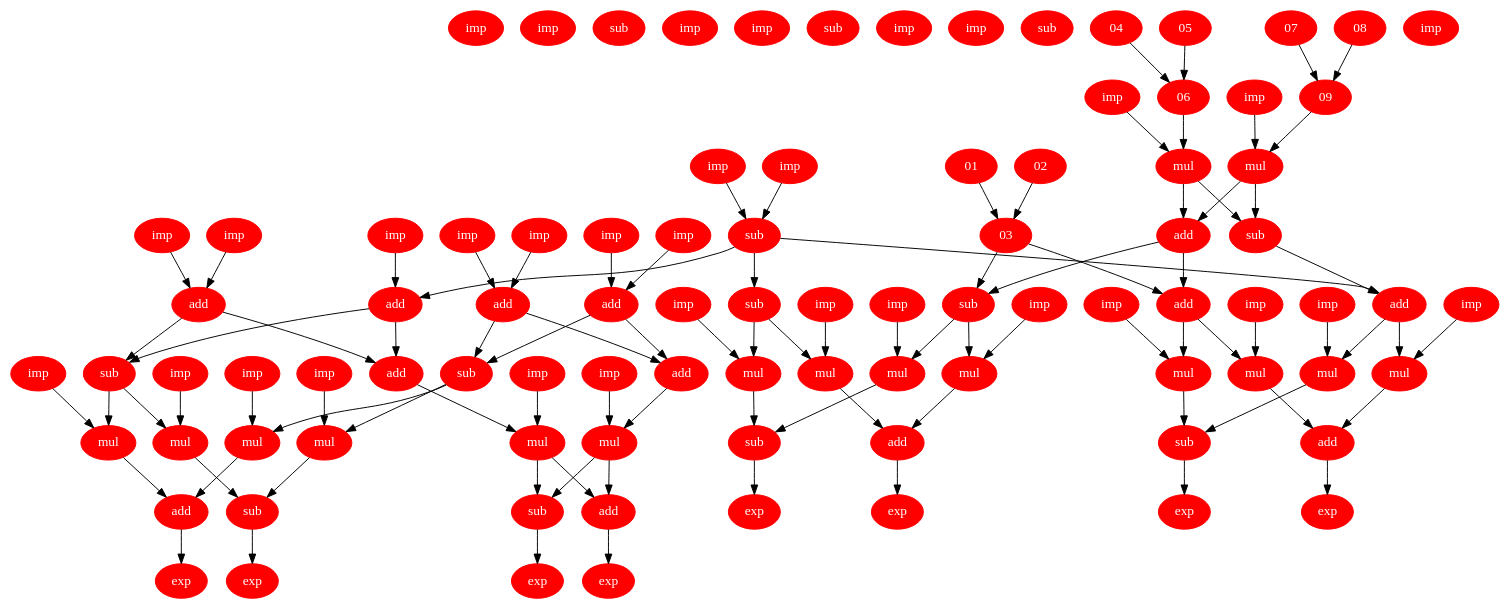
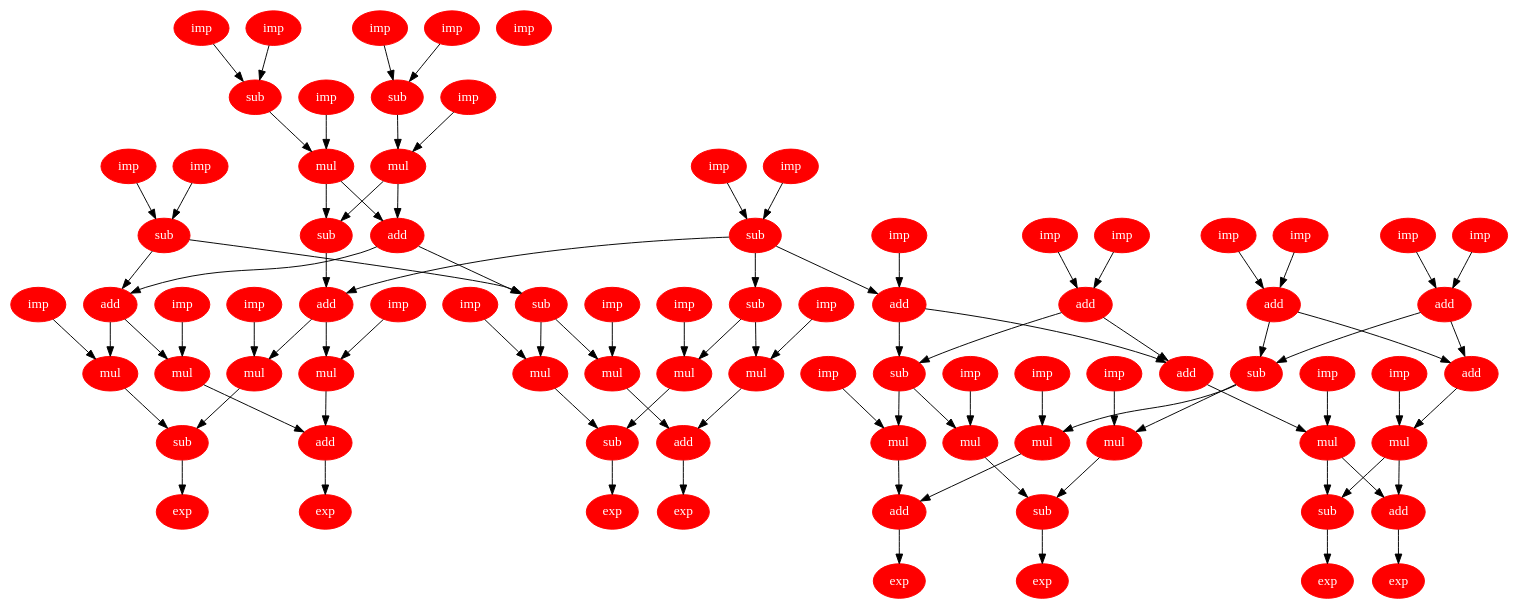
The diagram in benchmark/cosine2.dot (zephyr2k/project_nitd_clock), drawn with Graphviz before and after one commit. The commit also changed 5 other files, not shown here.

```diff
--- a/benchmark/cosine2.dot
+++ b/benchmark/cosine2.dot
@@ -1,176 +1,176 @@
 digraph cosine2 {
     node [fontcolor=white,style=filled,color="160,60,176"];
-    1 [label = imp];
-    2 [label = imp];
-    3 [label = sub];
-    4 [label = imp];
-    5 [label = imp];
-    6 [label = sub];
-    7 [label = imp];
-    8 [label = imp];
-    9 [label = sub];
+    01 [label = imp];
+    02 [label = imp];
+    03 [label = sub];
+    04 [label = imp];
+    05 [label = imp];
+    06 [label = sub];
+    07 [label = imp];
+    08 [label = imp];
+    09 [label = sub];
     10 [label = imp];
     11 [label = imp];
     12 [label = sub];
     13 [label = imp];
     14 [label = imp];
     15 [label = add];
     16 [label = imp];
     17 [label = imp];
     18 [label = add];
     19 [label = imp];
     20 [label = imp];
     21 [label = add];
     22 [label = imp];
     23 [label = imp];
     24 [label = add];
     25 [label = imp];
     26 [label = mul];
     27 [label = imp];
     28 [label = mul];
     29 [label = add];
     30 [label = sub];
     31 [label = add];
     32 [label = sub];
     33 [label = sub];
     34 [label = add];
     35 [label = imp];
     36 [label = mul];
     37 [label = imp];
     38 [label = mul];
     39 [label = imp];
     40 [label = mul];
     41 [label = imp];
     42 [label = mul];
     43 [label = imp];
     44 [label = mul];
     45 [label = imp];
     46 [label = mul];
     47 [label = imp];
     48 [label = mul];
     49 [label = imp];
     50 [label = mul];
     51 [label = sub];
     52 [label = sub];
     53 [label = add];
     54 [label = add];
     55 [label = sub];
     56 [label = sub];
     57 [label = add];
     58 [label = add];
     59 [label = imp];
     60 [label = mul];
     61 [label = imp];
     62 [label = mul];
     63 [label = imp];
     64 [label = mul];
     65 [label = imp];
     66 [label = mul];
     67 [label = imp];
     68 [label = mul];
     69 [label = imp];
     70 [label = mul];
     71 [label = add];
     72 [label = sub];
     73 [label = sub];
     74 [label = add];
     75 [label = exp];
     76 [label = exp];
     77 [label = exp];
     78 [label = exp];
     79 [label = exp];
     80 [label = exp];
     81 [label = exp];
     82 [label = exp];
     01 -> 03 [name=1];
     02 -> 03 [name=2];
     03 -> 31 [name=3];
     03 -> 32 [name=4]; 
     04 -> 06 [name=5];
     05 -> 06 [name=6];
     06 -> 26 [name=7];
     07 -> 09 [name=8];
     08 -> 09 [name=9];
     09 -> 28 [name=10];
     10 -> 12 [name=11];
     11 -> 12 [name=12];
     12 -> 34 [name=13];
     12 -> 33 [name=14];
     12 -> 15 [name=15];
     14 -> 15 [name=16];
     15 -> 55 [name=17];
     15 -> 58 [name=18];
     16 -> 18 [name=19];
     17 -> 18 [name=20];
     18 -> 57 [name=21];
     18 -> 56 [name=22];
     19 -> 21 [name=23];
     20 -> 21 [name=24];
     21 -> 57 [name=25];
     21 -> 56 [name=26];
     22 -> 24 [name=27];
     23 -> 24 [name=28];
     24 -> 55 [name=29];
     24 -> 58 [name=30];
     25 -> 26 [name=31];
     26 -> 30 [name=32];
     26 -> 29 [name=33];
     27 -> 28 [name=34];
     28 -> 30 [name=35];
     28 -> 29 [name=36];
     29 -> 31 [name=37];
     29 -> 32 [name=38];
     30 -> 34 [name=39];
     31 -> 36 [name=40];
     31 -> 38 [name=41];
     32 -> 40 [name=42];
     32 -> 42 [name=43];
     33 -> 44 [name=44];
     33 -> 46 [name=45];
     34 -> 48 [name=46];
     34 -> 50 [name=47];
     35 -> 36 [name=48];
     36 -> 51 [name=49];
     37 -> 38 [name=50];
     38 -> 54 [name=51];
     39 -> 40 [name=52];
     40 -> 52 [name=53];
     41 -> 42 [name=54];
     42 -> 53 [name=55];
     43 -> 44 [name=56];
     44 -> 52 [name=57];
     45 -> 46 [name=58];
     46 -> 53 [name=59];
     47 -> 48 [name=60];
     48 -> 51 [name=61];
     49 -> 50 [name=62];
     50 -> 54 [name=63];
     51 -> 75 [name=64];
     52 -> 76 [name=65];
     53 -> 77 [name=66];
     54 -> 78 [name=67];
     55 -> 60 [name=68];
     55 -> 62 [name=69];
     56 -> 66 [name=70];
     56 -> 64 [name=71];
     57 -> 68 [name=72];
     58 -> 70 [name=73];
     59 -> 60 [name=74];
     60 -> 71 [name=75];
     61 -> 62 [name=76];
     62 -> 72 [name=77];
     63 -> 64 [name=78];
     64 -> 71 [name=79];
     65 -> 66 [name=80];
     66 -> 72 [name=81];
     67 -> 68 [name=82];
     68 -> 73 [name=83];
     68 -> 74 [name=84];
     69 -> 70 [name=85];
     70 -> 73 [name=86];
     70 -> 74 [name=87];
     71 -> 79 [name=88];
     72 -> 80 [name=89];
     73 -> 81 [name=90];
     74 -> 82 [name=91];
 }
```
